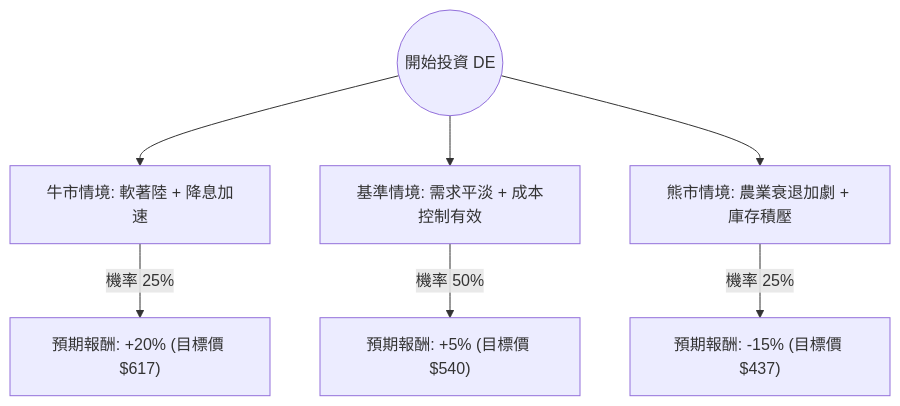
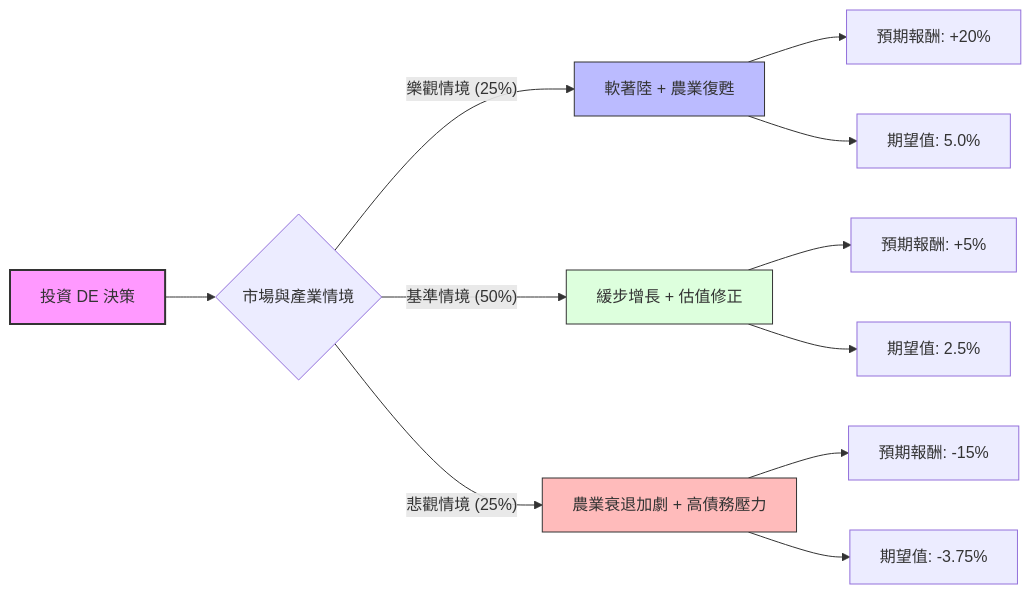
Before and after one commit to zmcx16/zmcx16.github.io: the diagram in plugin-react/ai-analysis/ev-analysis/DE.md, drawn with Mermaid. The commit also changed other lines of this file and 79 other files, not shown here.

````diff
--- a/plugin-react/ai-analysis/ev-analysis/DE.md
+++ b/plugin-react/ai-analysis/ev-analysis/DE.md
@@ -19,10 +19,21 @@
 ```mermaid
-graph TD
-    Start((開始投資 DE)) --> Bull[牛市情境: 軟著陸 + 降息加速]
-    Start --> Base[基準情境: 需求平淡 + 成本控制有效]
-    Start --> Bear[熊市情境: 農業衰退加劇 + 庫存積壓]
+graph LR
+    A[投資 DE 決策] --> B{市場與產業情境}
+    
+    B -- 樂觀情境 (25%) --> C[軟著陸 + 農業復甦]
+    C --> C1[預期報酬: +20%]
+    C --> C2[期望值: 5.0%]
 
-    Bull -- "機率 25%" --> BullResult["預期報酬: +20% (目標價 $617)"]
-    Base -- "機率 50%" --> BaseResult["預期報酬: +5% (目標價 $540)"]
-    Bear -- "機率 25%" --> BearResult["預期報酬: -15% (目標價 $437)"]
+    B -- 基準情境 (50%) --> D[緩步增長 + 估值修正]
+    D --> D1[預期報酬: +5%]
+    D --> D2[期望值: 2.5%]
+
+    B -- 悲觀情境 (25%) --> E[農業衰退加劇 + 高債務壓力]
+    E --> E1[預期報酬: -15%]
+    E --> E2[期望值: -3.75%]
+
+    style A fill:#f9f,stroke:#333,stroke-width:2px
+    style C fill:#bbf,stroke:#333
+    style D fill:#dfd,stroke:#333
+    style E fill:#fbb,stroke:#333
 ```
````
